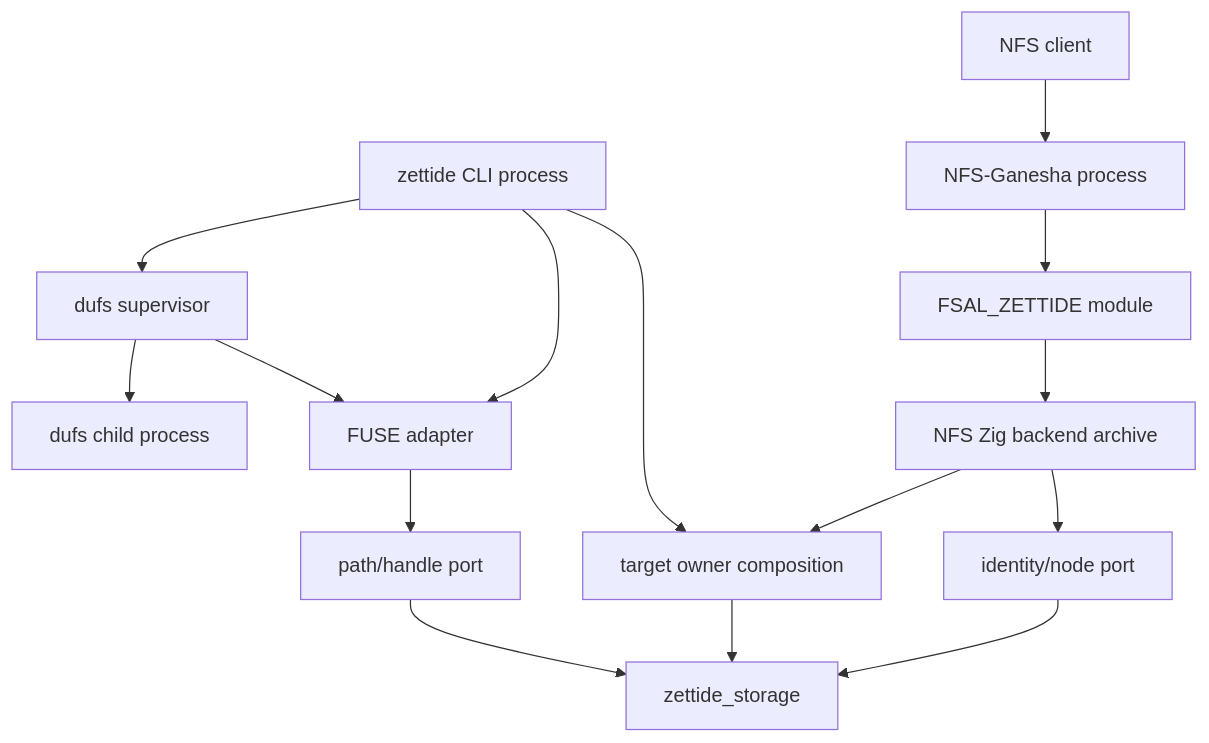
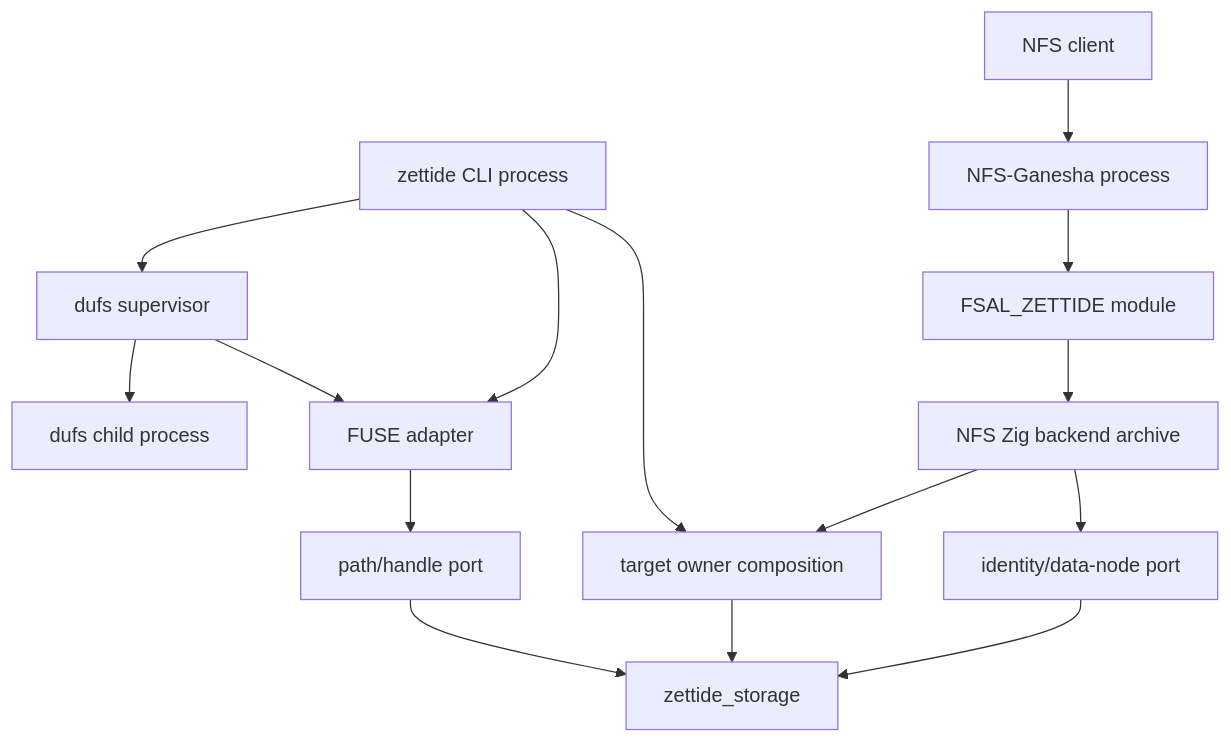
Before and after one commit to fanyang89/zettide: the diagram in docs/architecture/zh-CN/frontend-map.md, drawn with Mermaid. The commit also changed other lines of this file and 115 other files, not shown here.

First line of the commit message:
refactor: rename node service to data node

````diff
--- a/docs/architecture/zh-CN/frontend-map.md
+++ b/docs/architecture/zh-CN/frontend-map.md
@@ -27,30 +27,30 @@
 ```mermaid
 flowchart TD
     ENGINE[zettide_storage]
     PATH[path/handle port]
-    ID[identity/node port]
+    ID[identity/data-node port]
     TARGET[target owner composition]
     CLI[zettide CLI process]
     FUSE[FUSE adapter]
     DUFS[dufs supervisor]
     DUFSP[dufs child process]
     NFSBACK[NFS Zig backend archive]
     GANESHA[NFS-Ganesha process]
     FSAL[FSAL_ZETTIDE module]
     CLIENT[NFS client]
 
     PATH --> ENGINE
     ID --> ENGINE
     TARGET --> ENGINE
     FUSE --> PATH
     CLI --> TARGET
     CLI --> FUSE
     CLI --> DUFS
     DUFS --> FUSE
     DUFS --> DUFSP
     NFSBACK --> ID
     NFSBACK --> TARGET
     FSAL --> NFSBACK
     GANESHA --> FSAL
     CLIENT --> GANESHA
 ```
````
